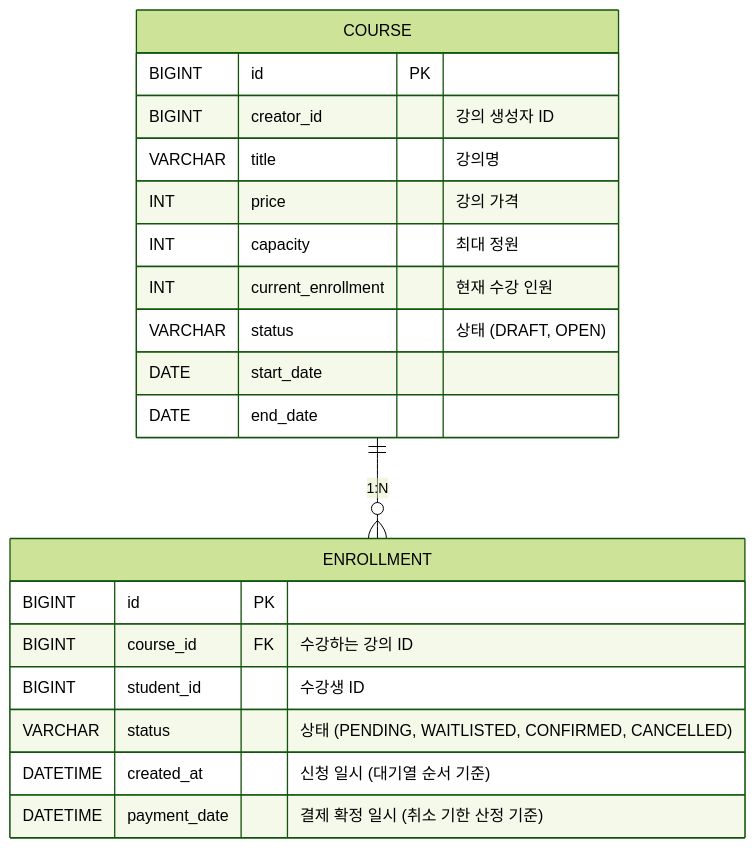
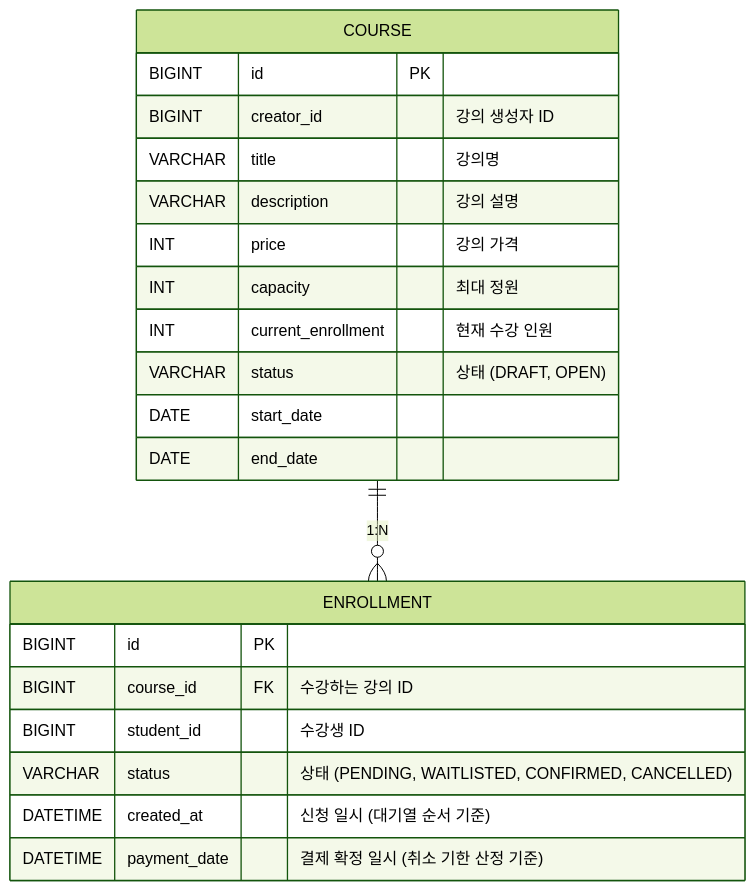
Before and after one commit to milkaisgoody/ClassEnrollmentSystem: the diagram in README.md, drawn with Mermaid (forest theme). The commit also changed other lines of this file, not shown here.

````diff
--- a/README.md
+++ b/README.md
@@ -163,23 +163,24 @@
 ```mermaid
 erDiagram
     COURSE ||--o{ ENROLLMENT : "1:N"
     COURSE {
         BIGINT id PK
         BIGINT creator_id "강의 생성자 ID"
         VARCHAR title "강의명"
+        VARCHAR description "강의 설명"
         INT price "강의 가격"
         INT capacity "최대 정원"
         INT current_enrollment "현재 수강 인원"
         VARCHAR status "상태 (DRAFT, OPEN)"
         DATE start_date
         DATE end_date
     }
     ENROLLMENT {
         BIGINT id PK
         BIGINT course_id FK "수강하는 강의 ID"
         BIGINT student_id "수강생 ID"
         VARCHAR status "상태 (PENDING, WAITLISTED, CONFIRMED, CANCELLED)"
         DATETIME created_at "신청 일시 (대기열 순서 기준)"
         DATETIME payment_date "결제 확정 일시 (취소 기한 산정 기준)"
     }
 ```
````
